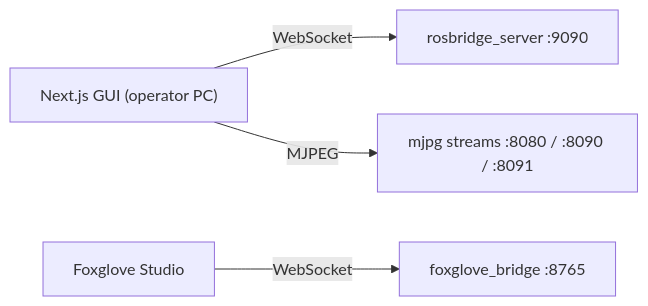
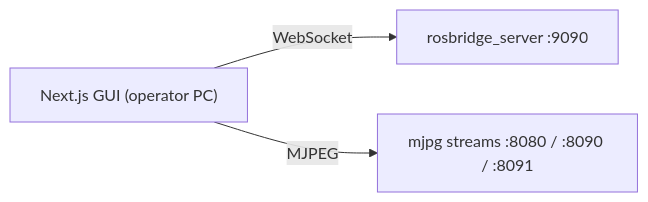
Before and after one commit to Ayaanullakhan/deakin_rover: the fifth of 6 diagrams in README.md, drawn with Mermaid. The commit also changed other lines of this file, not shown here.

Commit message:
added more detail on the foxglove usage

````diff
--- a/README.md
+++ b/README.md
@@ -81,6 +81,5 @@
 ```mermaid
 flowchart LR
     o1["Next.js GUI (operator PC)"] -- WebSocket --> o2["rosbridge_server :9090"]
-    o3[Foxglove Studio] -- WebSocket --> o4["foxglove_bridge :8765"]
-    o1 -- MJPEG --> o5["mjpg streams :8080 / :8090 / :8091"]
+    o1 -- MJPEG --> o3["mjpg streams :8080 / :8090 / :8091"]
 ```
````
